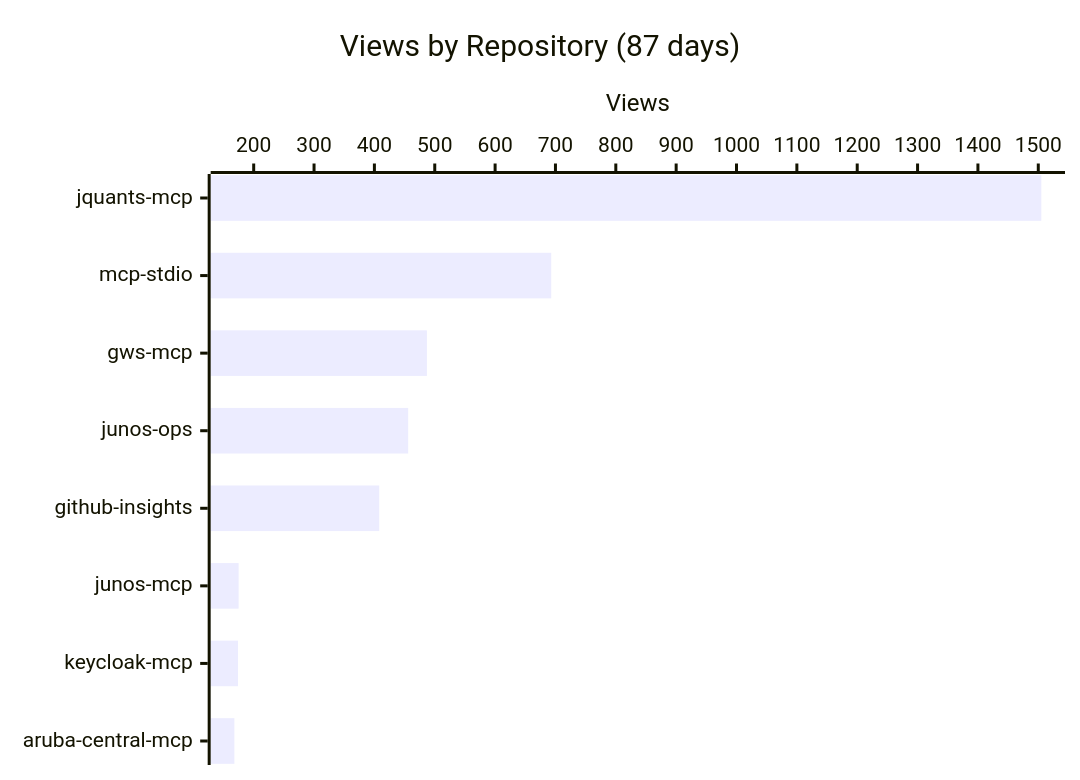
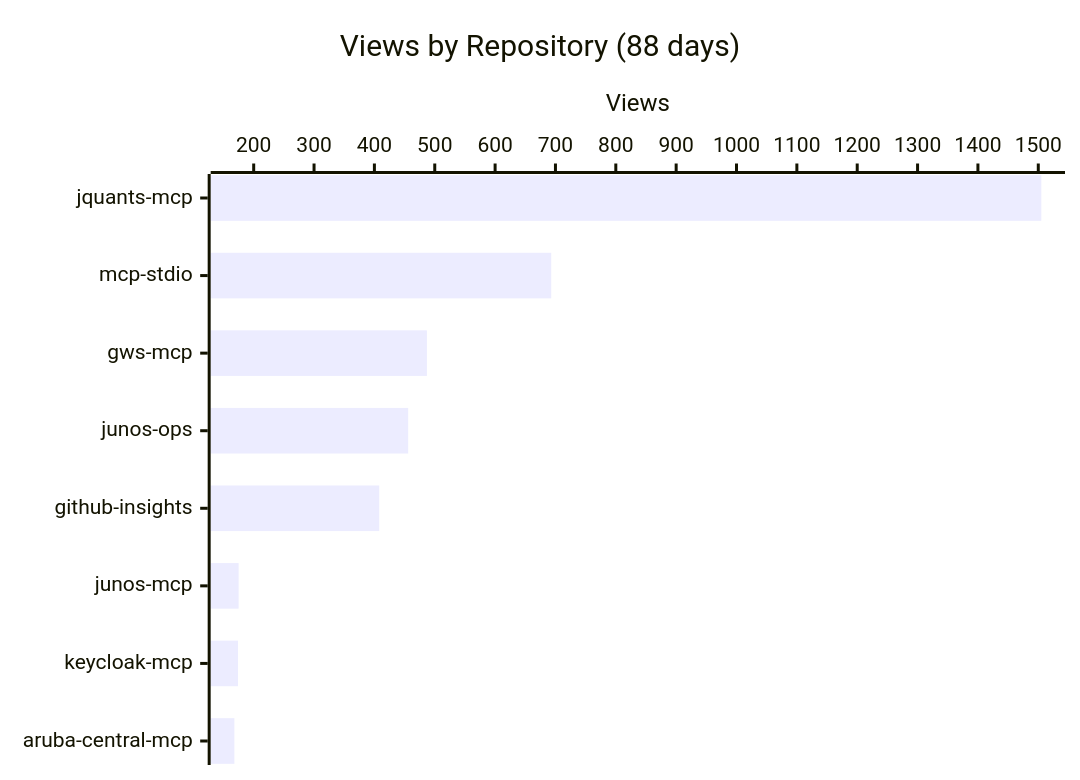
Before and after one commit to shigechika/github-insights: the first of 3 diagrams in README.md, drawn with Mermaid. The commit also changed other lines of this file and 2 other files, not shown here.

````diff
--- a/README.md
+++ b/README.md
@@ -18,7 +18,7 @@
 ```mermaid
 xychart-beta horizontal
-    title "Views by Repository (87 days)"
+    title "Views by Repository (88 days)"
     x-axis ["jquants-mcp", "mcp-stdio", "gws-mcp", "junos-ops", "github-insights", "junos-mcp", "keycloak-mcp", "aruba-central-mcp"]
     y-axis "Views"
     bar [1505, 693, 487, 456, 408, 175, 174, 168]
 ```
````
